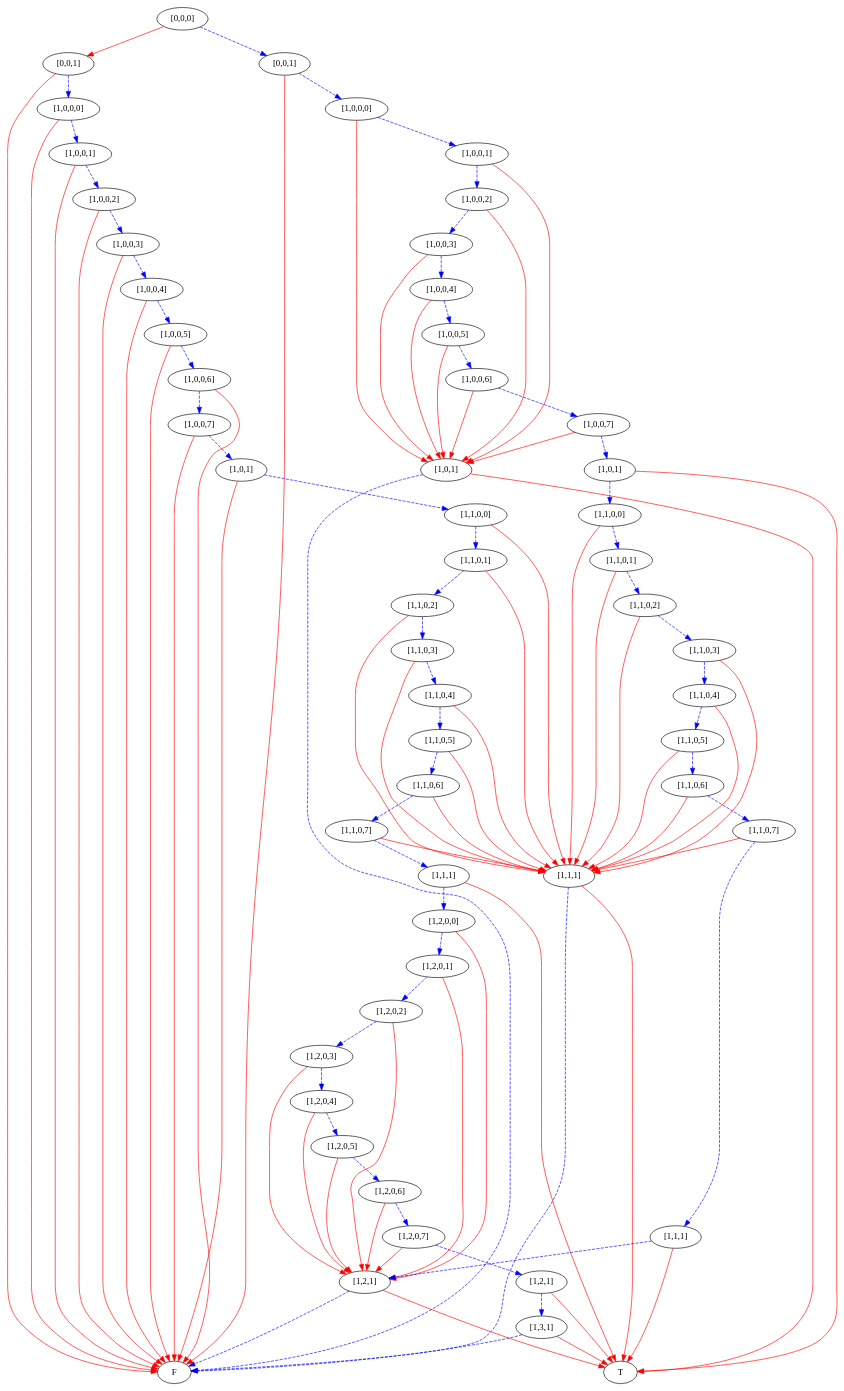
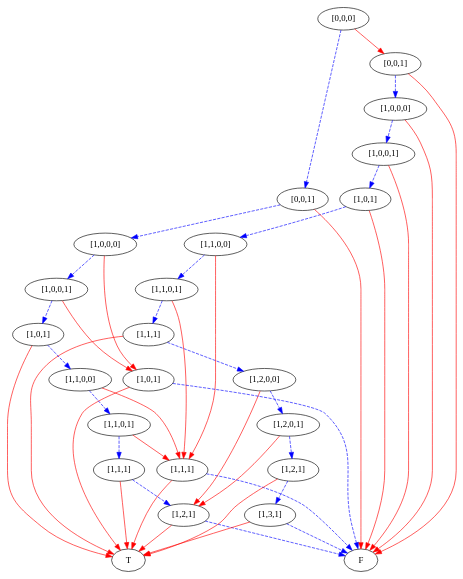
One commit to mburyakov/minxmod changed the diagram in simpleProgram5bstates/5.dot. Above: the diagram before and after it, drawn with Graphviz. The commit also changed 11 other files, not shown here.

```diff
--- a/simpleProgram5bstates/5.dot
+++ b/simpleProgram5bstates/5.dot
@@ -5,54 +5,24 @@
     4 [label="[1,2,1]"];
     5 [label="[1,3,1]"];
     6 [label="[1,2,1]"];
-    7 [label="[1,2,0,7]"];
-    8 [label="[1,2,0,6]"];
-    9 [label="[1,2,0,5]"];
-    10 [label="[1,2,0,4]"];
-    11 [label="[1,2,0,3]"];
-    12 [label="[1,2,0,2]"];
-    13 [label="[1,2,0,1]"];
-    14 [label="[1,2,0,0]"];
-    15 [label="[1,1,1]"];
-    16 [label="[1,1,0,7]"];
-    17 [label="[1,1,0,6]"];
-    18 [label="[1,1,0,5]"];
-    19 [label="[1,1,0,4]"];
-    20 [label="[1,1,0,3]"];
-    21 [label="[1,1,0,2]"];
-    22 [label="[1,1,0,1]"];
-    23 [label="[1,1,0,0]"];
-    24 [label="[1,0,1]"];
-    25 [label="[1,0,0,7]"];
-    26 [label="[1,0,0,6]"];
-    27 [label="[1,0,0,5]"];
-    28 [label="[1,0,0,4]"];
-    29 [label="[1,0,0,3]"];
-    30 [label="[1,0,0,2]"];
-    31 [label="[1,0,0,1]"];
-    32 [label="[1,0,0,0]"];
-    33 [label="[0,0,1]"];
-    34 [label="[1,0,1]"];
-    35 [label="[1,1,1]"];
-    36 [label="[1,1,0,7]"];
-    37 [label="[1,1,0,6]"];
-    38 [label="[1,1,0,5]"];
-    39 [label="[1,1,0,4]"];
-    40 [label="[1,1,0,3]"];
-    41 [label="[1,1,0,2]"];
-    42 [label="[1,1,0,1]"];
-    43 [label="[1,1,0,0]"];
-    44 [label="[1,0,1]"];
-    45 [label="[1,0,0,7]"];
-    46 [label="[1,0,0,6]"];
-    47 [label="[1,0,0,5]"];
-    48 [label="[1,0,0,4]"];
-    49 [label="[1,0,0,3]"];
-    50 [label="[1,0,0,2]"];
-    51 [label="[1,0,0,1]"];
-    52 [label="[1,0,0,0]"];
-    53 [label="[0,0,1]"];
-    54 [label="[0,0,0]"];
+    7 [label="[1,2,0,1]"];
+    8 [label="[1,2,0,0]"];
+    9 [label="[1,1,1]"];
+    10 [label="[1,1,0,1]"];
+    11 [label="[1,1,0,0]"];
+    12 [label="[1,0,1]"];
+    13 [label="[1,0,0,1]"];
+    14 [label="[1,0,0,0]"];
+    15 [label="[0,0,1]"];
+    16 [label="[1,0,1]"];
+    17 [label="[1,1,1]"];
+    18 [label="[1,1,0,1]"];
+    19 [label="[1,1,0,0]"];
+    20 [label="[1,0,1]"];
+    21 [label="[1,0,0,1]"];
+    22 [label="[1,0,0,0]"];
+    23 [label="[0,0,1]"];
+    24 [label="[0,0,0]"];
     3 -> 1 [style=dashed
            ,color=blue];
     3 -> 2 [color=red];
@@ -71,142 +41,52 @@
     8 -> 4 [color=red];
     8 -> 7 [style=dashed
            ,color=blue];
-    9 -> 4 [color=red];
     9 -> 8 [style=dashed
            ,color=blue];
-    10 -> 4 [color=red];
+    9 -> 2 [color=red];
+    10 -> 3 [color=red];
     10 -> 9 [style=dashed
             ,color=blue];
-    11 -> 4 [color=red];
+    11 -> 3 [color=red];
     11 -> 10 [style=dashed
              ,color=blue];
-    12 -> 4 [color=red];
     12 -> 11 [style=dashed
              ,color=blue];
-    13 -> 4 [color=red];
+    12 -> 1 [color=red];
     13 -> 12 [style=dashed
              ,color=blue];
-    14 -> 4 [color=red];
+    13 -> 1 [color=red];
     14 -> 13 [style=dashed
              ,color=blue];
+    14 -> 1 [color=red];
     15 -> 14 [style=dashed
              ,color=blue];
-    15 -> 2 [color=red];
-    16 -> 3 [color=red];
-    16 -> 15 [style=dashed
-             ,color=blue];
-    17 -> 3 [color=red];
-    17 -> 16 [style=dashed
-             ,color=blue];
+    15 -> 1 [color=red];
+    16 -> 1 [style=dashed
+            ,color=blue];
+    16 -> 2 [color=red];
+    17 -> 4 [style=dashed
+            ,color=blue];
+    17 -> 2 [color=red];
     18 -> 3 [color=red];
     18 -> 17 [style=dashed
              ,color=blue];
     19 -> 3 [color=red];
     19 -> 18 [style=dashed
              ,color=blue];
-    20 -> 3 [color=red];
     20 -> 19 [style=dashed
              ,color=blue];
-    21 -> 3 [color=red];
+    20 -> 2 [color=red];
+    21 -> 16 [color=red];
     21 -> 20 [style=dashed
              ,color=blue];
-    22 -> 3 [color=red];
+    22 -> 16 [color=red];
     22 -> 21 [style=dashed
              ,color=blue];
-    23 -> 3 [color=red];
     23 -> 22 [style=dashed
              ,color=blue];
+    23 -> 1 [color=red];
+    24 -> 15 [color=red];
     24 -> 23 [style=dashed
              ,color=blue];
-    24 -> 1 [color=red];
-    25 -> 24 [style=dashed
-             ,color=blue];
-    25 -> 1 [color=red];
-    26 -> 25 [style=dashed
-             ,color=blue];
-    26 -> 1 [color=red];
-    27 -> 26 [style=dashed
-             ,color=blue];
-    27 -> 1 [color=red];
-    28 -> 27 [style=dashed
-             ,color=blue];
-    28 -> 1 [color=red];
-    29 -> 28 [style=dashed
-             ,color=blue];
-    29 -> 1 [color=red];
-    30 -> 29 [style=dashed
-             ,color=blue];
-    30 -> 1 [color=red];
-    31 -> 30 [style=dashed
-             ,color=blue];
-    31 -> 1 [color=red];
-    32 -> 31 [style=dashed
-             ,color=blue];
-    32 -> 1 [color=red];
-    33 -> 32 [style=dashed
-             ,color=blue];
-    33 -> 1 [color=red];
-    34 -> 1 [style=dashed
-            ,color=blue];
-    34 -> 2 [color=red];
-    35 -> 4 [style=dashed
-            ,color=blue];
-    35 -> 2 [color=red];
-    36 -> 3 [color=red];
-    36 -> 35 [style=dashed
-             ,color=blue];
-    37 -> 3 [color=red];
-    37 -> 36 [style=dashed
-             ,color=blue];
-    38 -> 3 [color=red];
-    38 -> 37 [style=dashed
-             ,color=blue];
-    39 -> 3 [color=red];
-    39 -> 38 [style=dashed
-             ,color=blue];
-    40 -> 3 [color=red];
-    40 -> 39 [style=dashed
-             ,color=blue];
-    41 -> 3 [color=red];
-    41 -> 40 [style=dashed
-             ,color=blue];
-    42 -> 3 [color=red];
-    42 -> 41 [style=dashed
-             ,color=blue];
-    43 -> 3 [color=red];
-    43 -> 42 [style=dashed
-             ,color=blue];
-    44 -> 43 [style=dashed
-             ,color=blue];
-    44 -> 2 [color=red];
-    45 -> 34 [color=red];
-    45 -> 44 [style=dashed
-             ,color=blue];
-    46 -> 34 [color=red];
-    46 -> 45 [style=dashed
-             ,color=blue];
-    47 -> 34 [color=red];
-    47 -> 46 [style=dashed
-             ,color=blue];
-    48 -> 34 [color=red];
-    48 -> 47 [style=dashed
-             ,color=blue];
-    49 -> 34 [color=red];
-    49 -> 48 [style=dashed
-             ,color=blue];
-    50 -> 34 [color=red];
-    50 -> 49 [style=dashed
-             ,color=blue];
-    51 -> 34 [color=red];
-    51 -> 50 [style=dashed
-             ,color=blue];
-    52 -> 34 [color=red];
-    52 -> 51 [style=dashed
-             ,color=blue];
-    53 -> 52 [style=dashed
-             ,color=blue];
-    53 -> 1 [color=red];
-    54 -> 33 [color=red];
-    54 -> 53 [style=dashed
-             ,color=blue];
 }
```
